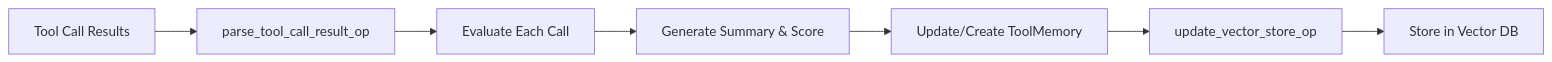
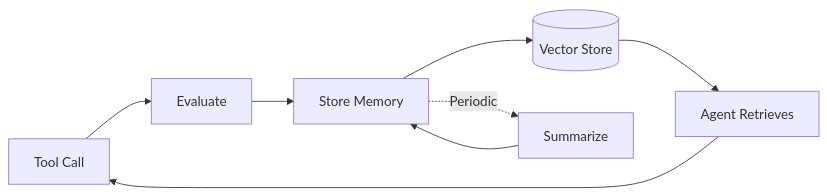
The first of 2 diagrams in docs/tool_memory/tool_memory.md (modelscope/ReMe), drawn with Mermaid before and after one commit. The commit also changed other lines of this file and 22 other files, not shown here.

````diff
--- a/docs/tool_memory/tool_memory.md
+++ b/docs/tool_memory/tool_memory.md
@@ -71,9 +180,10 @@
 ```mermaid
 graph LR
-    A[Tool Call Results] --> B[parse_tool_call_result_op]
-    B --> C[Evaluate Each Call]
-    C --> D[Generate Summary & Score]
-    D --> E[Update/Create ToolMemory]
-    E --> F[update_vector_store_op]
-    F --> G[Store in Vector DB]
+    A[Tool Call] --> B[Evaluate]
+    B --> C[Store Memory]
+    C --> D[(Vector Store)]
+    D --> E[Agent Retrieves]
+    E --> A
+    C -.Periodic.-> F[Summarize]
+    F --> C
 ```
````
